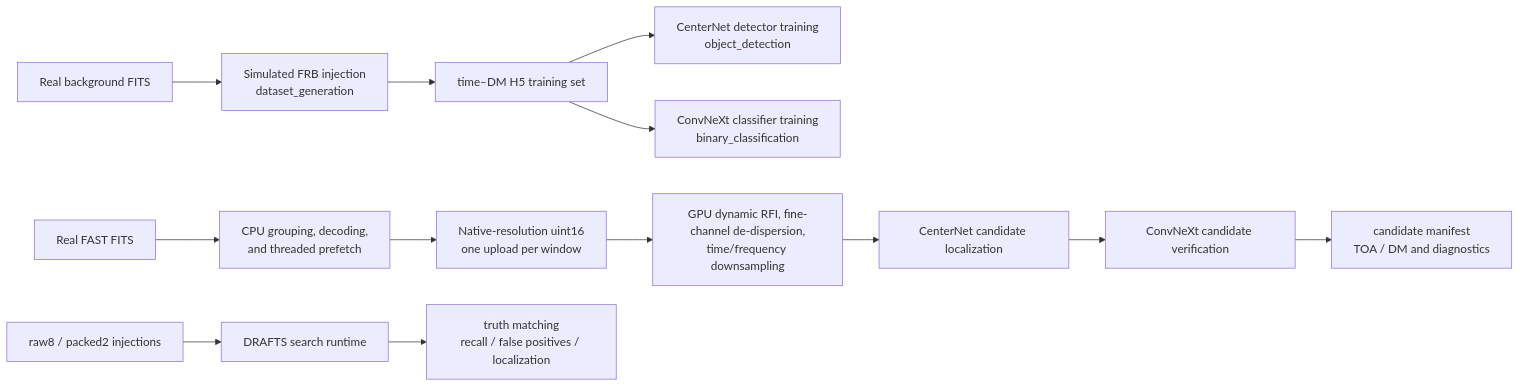
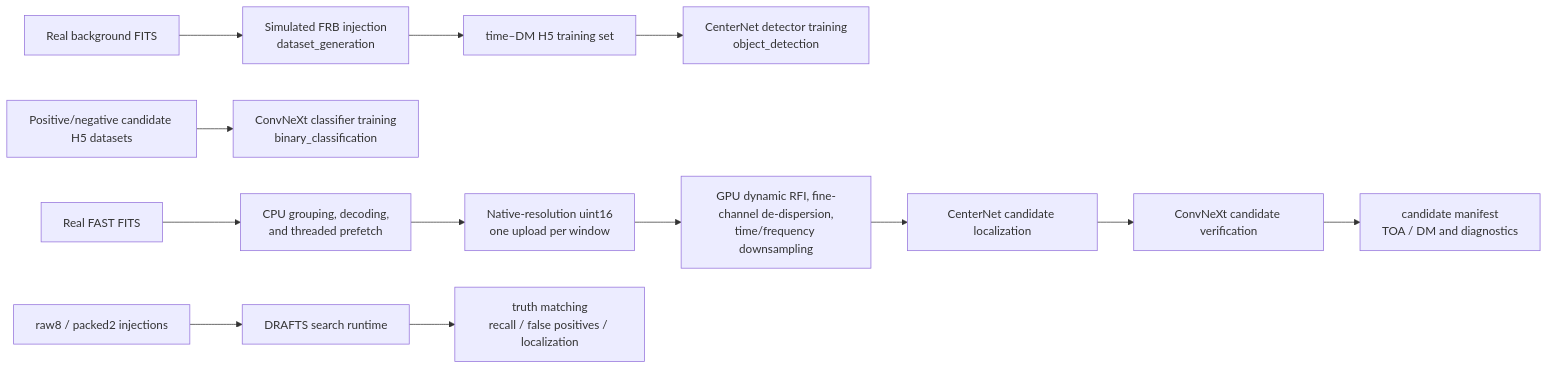
Before and after one commit to SukiYume/DRAFTS: the diagram in README.en.md, drawn with Mermaid. The commit also changed other lines of this file and 17 other files, not shown here.

````diff
--- a/README.en.md
+++ b/README.en.md
@@ -70,15 +70,15 @@
 ```mermaid
 flowchart LR
     A["Real background FITS"] --> B["Simulated FRB injection<br/>dataset_generation"]
     B --> C["time–DM H5 training set"]
     C --> D["CenterNet detector training<br/>object_detection"]
-    C --> E["ConvNeXt classifier training<br/>binary_classification"]
+    BC["Positive/negative candidate H5 datasets"] --> E["ConvNeXt classifier training<br/>binary_classification"]
     F["Real FAST FITS"] --> P["CPU grouping, decoding,<br/>and threaded prefetch"]
     P --> U["Native-resolution uint16<br/>one upload per window"]
     U --> G["GPU dynamic RFI, fine-channel de-dispersion,<br/>time/frequency downsampling"]
     G --> D2["CenterNet candidate localization"]
     D2 --> E2["ConvNeXt candidate verification"]
     E2 --> H["candidate manifest<br/>TOA / DM and diagnostics"]
     I["raw8 / packed2 injections"] --> J["DRAFTS search runtime"]
     J --> K["truth matching<br/>recall / false positives / localization"]
 ```
````
